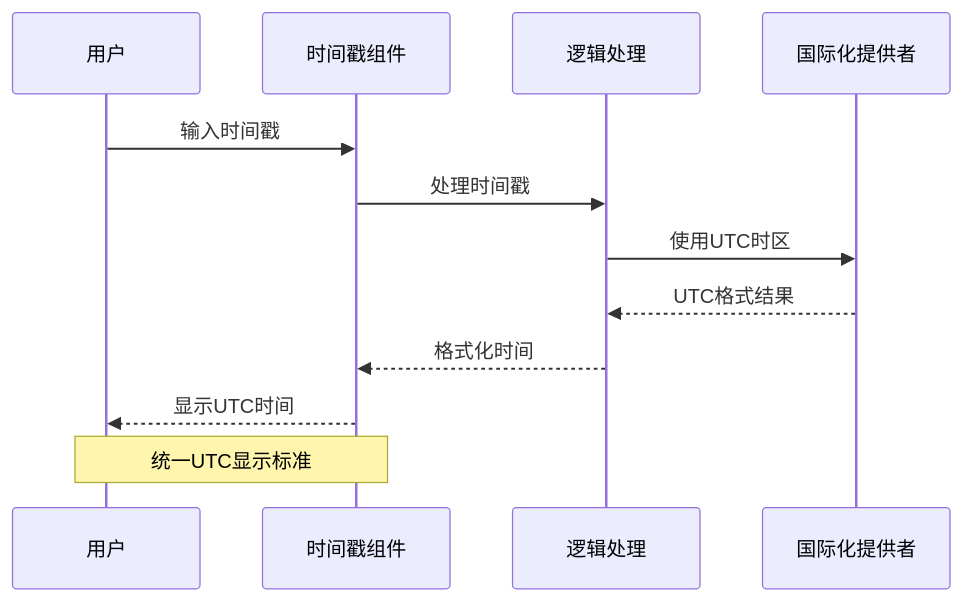
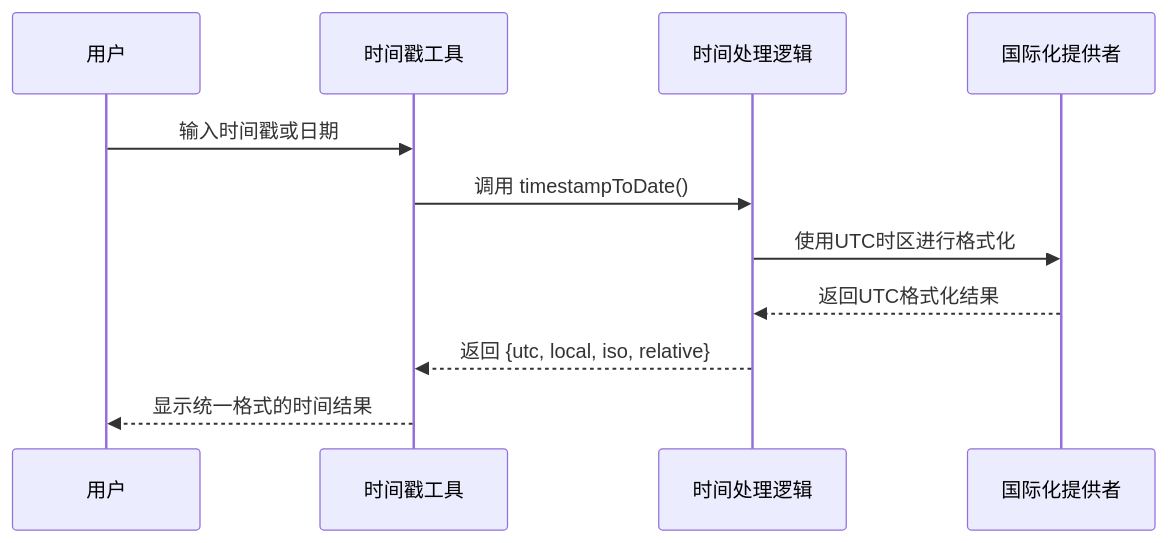
Before and after one commit to sgyy/privadeck: diagram 11 of 12 in .qoder/repowiki/zh/content/技术架构/国际化系统.md, drawn with Mermaid. The commit also changed other lines of this file and 23 other files, not shown here.

````diff
--- a/.qoder/repowiki/zh/content/技术架构/国际化系统.md
+++ b/.qoder/repowiki/zh/content/技术架构/国际化系统.md
@@ -794,14 +565,13 @@
 ```mermaid
 sequenceDiagram
 participant User as 用户
-participant Timestamp as 时间戳组件
-participant Logic as 逻辑处理
-participant Intl as 国际化提供者
-User->>Timestamp : 输入时间戳
-Timestamp->>Logic : 处理时间戳
-Logic->>Intl : 使用UTC时区
-Intl-->>Logic : UTC格式结果
-Logic-->>Timestamp : 格式化时间
-Timestamp-->>User : 显示UTC时间
-Note over User,Timestamp : 统一UTC显示标准
+participant TimestampTool as 时间戳工具
+participant Logic as 时间处理逻辑
+participant IntlProvider as 国际化提供者
+User->>TimestampTool : 输入时间戳或日期
+TimestampTool->>Logic : 调用 timestampToDate()
+Logic->>IntlProvider : 使用UTC时区进行格式化
+IntlProvider-->>Logic : 返回UTC格式化结果
+Logic-->>TimestampTool : 返回 {utc, local, iso, relative}
+TimestampTool-->>User : 显示统一格式的时间结果
 ```
````
